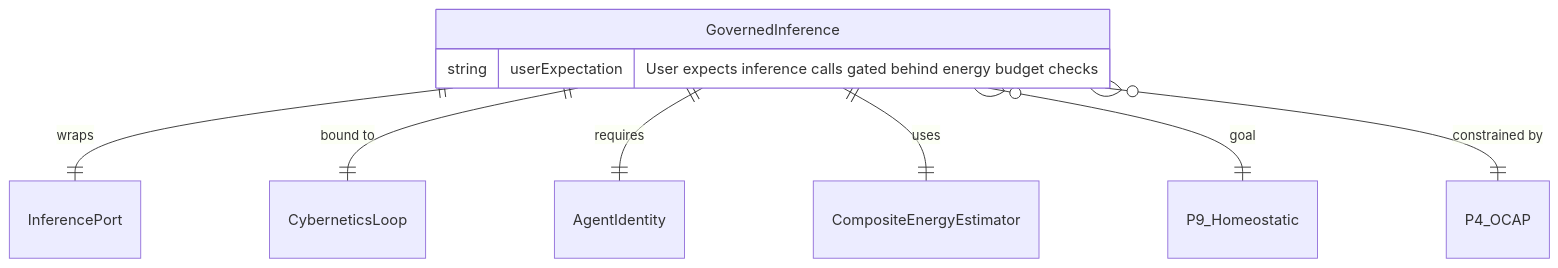
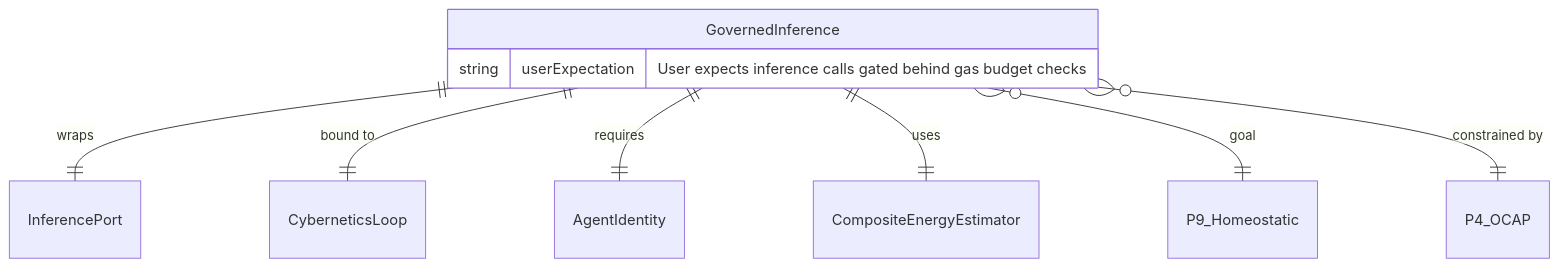
The seventh of 14 diagrams in docs/architecture/core/FUNCTIONAL_SPECIFICATION.md (mdz-axo/hKask), drawn with Mermaid before and after one commit. The commit also changed other lines of this file and 21 other files, not shown here.

Commit message:
Rename EnergyBudget to GasBudget across documentation

````diff
--- a/docs/architecture/core/FUNCTIONAL_SPECIFICATION.md
+++ b/docs/architecture/core/FUNCTIONAL_SPECIFICATION.md
@@ -508,12 +508,12 @@
 ```mermaid
 erDiagram
     GovernedInference ||--|| InferencePort : "wraps"
     GovernedInference ||--|| CyberneticsLoop : "bound to"
     GovernedInference ||--|| AgentIdentity : "requires"
     GovernedInference ||--|| CompositeEnergyEstimator : "uses"
     GovernedInference }o--|| P9_Homeostatic : "goal"
     GovernedInference }o--|| P4_OCAP : "constrained by"
     GovernedInference {
-        string userExpectation "User expects inference calls gated behind energy budget checks"
+        string userExpectation "User expects inference calls gated behind gas budget checks"
     }
 ```
````
